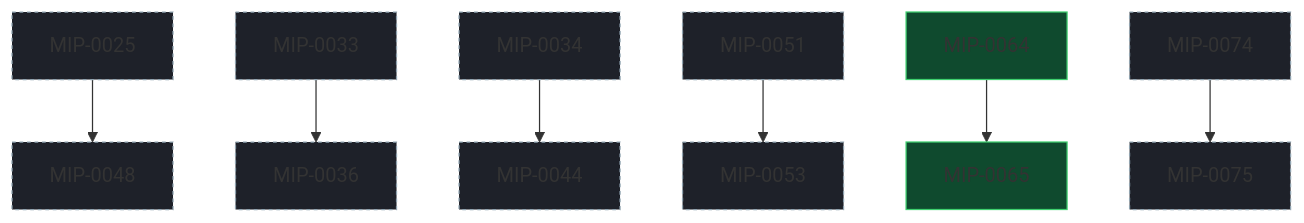
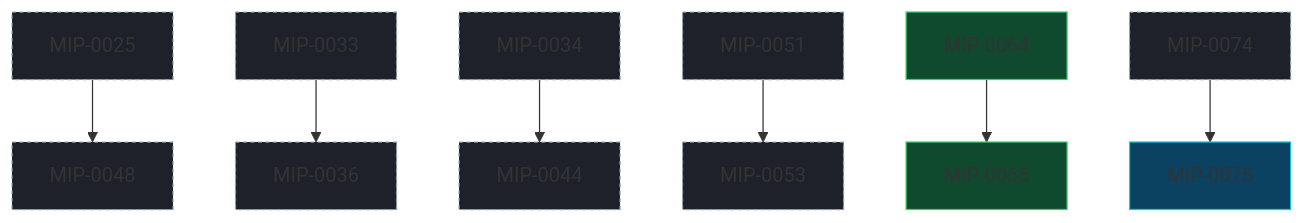
One commit to marola-dev/marola changed the diagram in docs/MIPs/README.md. Above: the diagram before and after it, drawn with Mermaid. The commit also changed other lines of this file and 1 other file, not shown here.

Commit message:
MIP-0075: Accepted
Maintainer review on #635. Status in the MIP and the index; the MIP graph regenerated (node class).

Tested: python3 scripts/mip_graph.py --check (current)
Cost: ~$2.01 · 2.6M tokens, 93% cache reads (claude-opus-5-5) · split by branch and author date, scripts/cost-split.py 2026-10-03

````diff
--- a/docs/MIPs/README.md
+++ b/docs/MIPs/README.md
@@ -92,25 +92,25 @@
 ```mermaid
 flowchart TD
   classDef draft fill:#1e2129,stroke:#8fa3b0,stroke-dasharray:3 3;
   classDef accepted fill:#0b4261,stroke:#1ac5da;
   classDef implemented fill:#0f4a2e,stroke:#3ecf6e;
   classDef rejected fill:#2a2d35,stroke:#666,color:#999;
   M0025["MIP-0025"]:::draft
   M0033["MIP-0033"]:::draft
   M0034["MIP-0034"]:::draft
   M0036["MIP-0036"]:::draft
   M0044["MIP-0044"]:::draft
   M0048["MIP-0048"]:::draft
   M0051["MIP-0051"]:::draft
   M0053["MIP-0053"]:::draft
   M0064["MIP-0064"]:::implemented
   M0065["MIP-0065"]:::implemented
   M0074["MIP-0074"]:::draft
-  M0075["MIP-0075"]:::draft
+  M0075["MIP-0075"]:::accepted
   M0025 --> M0048
   M0033 --> M0036
   M0034 --> M0044
   M0051 --> M0053
   M0064 --> M0065
   M0074 --> M0075
 ```
````
